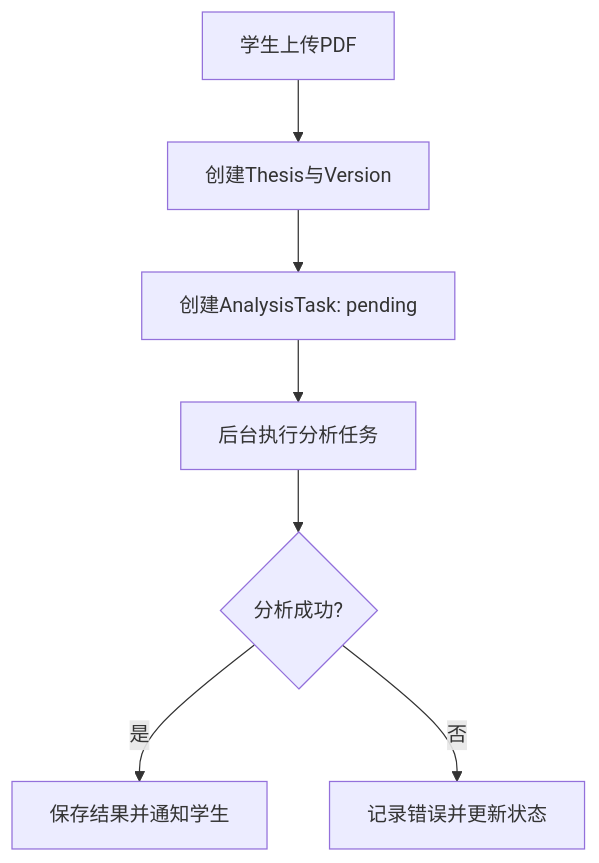
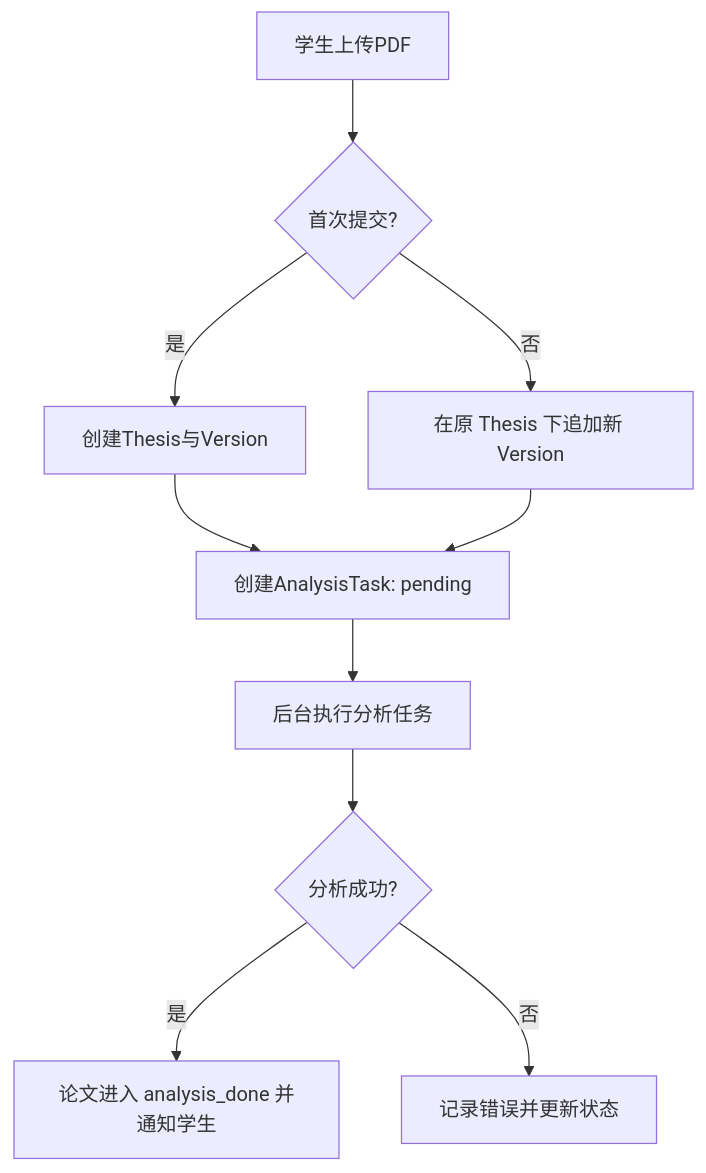
One commit to James-Leong/thesis-gravity changed the first of 3 diagrams in docs/requirements.md. Above: the diagram before and after it, drawn with Mermaid. The commit also changed other lines of this file and 25 other files, not shown here.

````diff
--- a/docs/requirements.md
+++ b/docs/requirements.md
@@ -92,9 +94,12 @@
 ```mermaid
 flowchart TD
-	A[学生上传PDF] --> B[创建Thesis与Version]
-	B --> C[创建AnalysisTask: pending]
-	C --> D[后台执行分析任务]
-	D --> E{分析成功?}
-	E -->|是| F[保存结果并通知学生]
-	E -->|否| G[记录错误并更新状态]
+	A[学生上传PDF] --> B{首次提交?}
+	B -->|是| C[创建Thesis与Version]
+	B -->|否| D[在原 Thesis 下追加新 Version]
+	C --> E[创建AnalysisTask: pending]
+	D --> E
+	E --> F[后台执行分析任务]
+	F --> G{分析成功?}
+	G -->|是| H[论文进入 analysis_done 并通知学生]
+	G -->|否| I[记录错误并更新状态]
 ```
````
